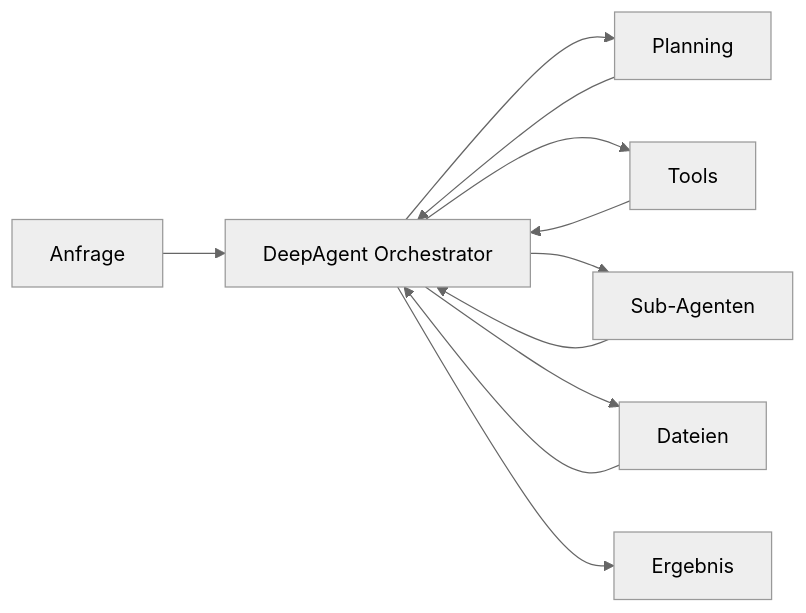
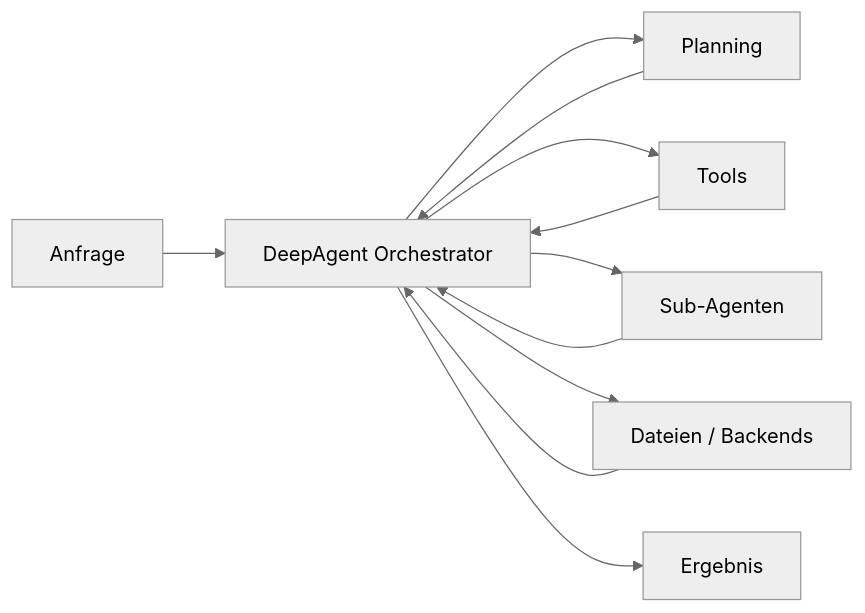
One commit to ralf-42/Agenten changed the first of 3 diagrams in docs/frameworks/Einsteiger_DeepAgents.md. Above: the diagram before and after it, drawn with Mermaid (neutral theme). The commit also changed other lines of this file and 53 other files, not shown here.

````diff
--- a/docs/frameworks/Einsteiger_DeepAgents.md
+++ b/docs/frameworks/Einsteiger_DeepAgents.md
@@ -51,13 +60,13 @@
 ```mermaid
 flowchart LR
     U[Anfrage] --> O[DeepAgent Orchestrator]
     O --> P[Planning]
     O --> T[Tools]
     O --> S[Sub-Agenten]
-    O --> F[Dateien]
+    O --> F[Dateien / Backends]
     P --> O
     T --> O
     S --> O
     F --> O
     O --> A[Ergebnis]
 ```
````
